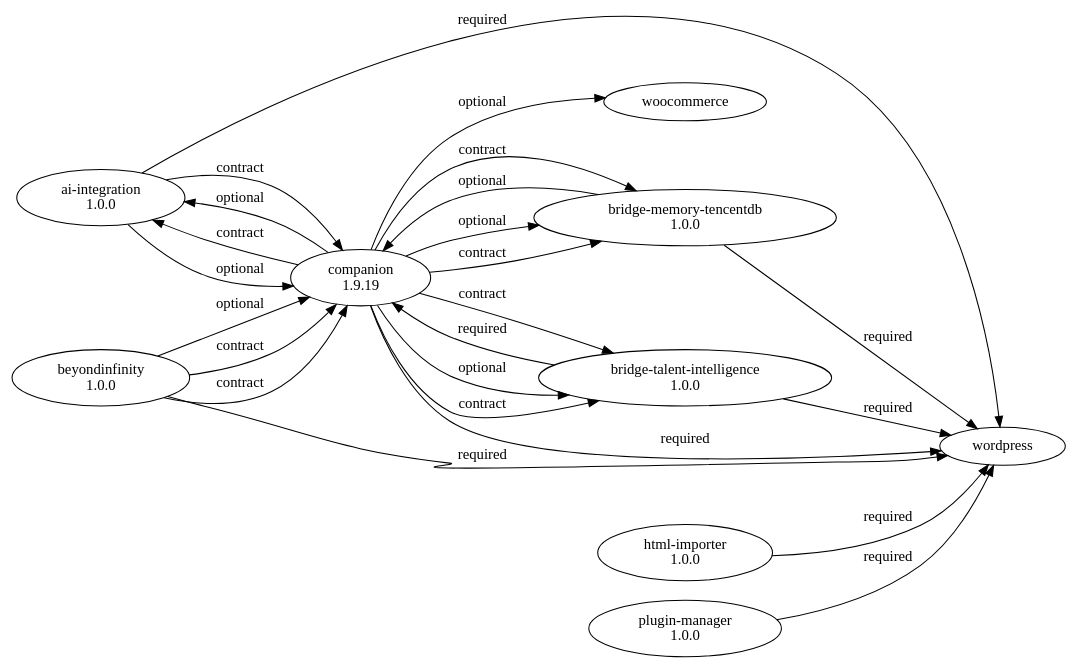
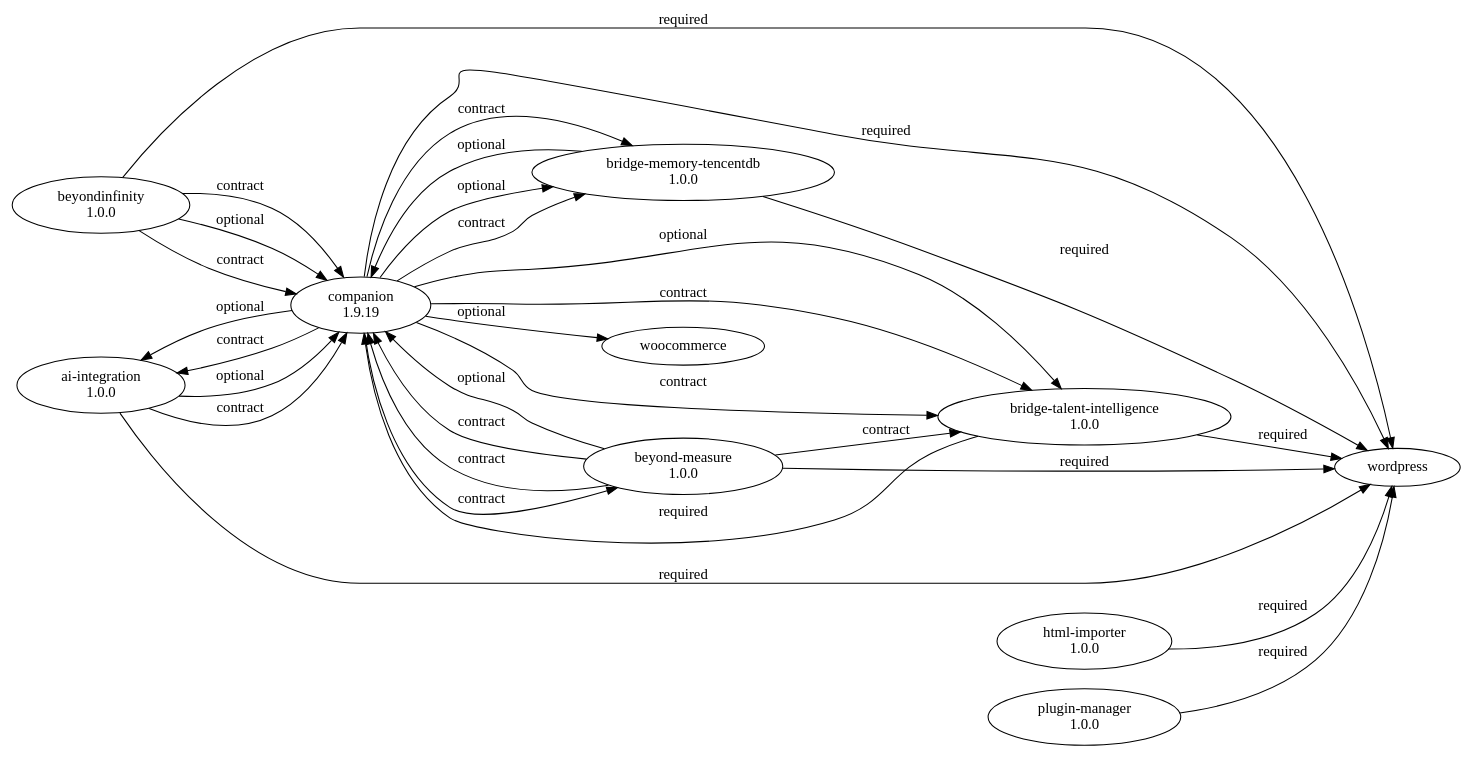
Before and after one commit to MarvelousME/newuinextgen: the diagram in architecture/reports/dependency-graph.dot, drawn with Graphviz. The commit also changed 76 other files, not shown here.

First line of the commit message:
Add NextGenTutors Beyond Measure Control Plane plugin.

```diff
--- a/architecture/reports/dependency-graph.dot
+++ b/architecture/reports/dependency-graph.dot
@@ -1,33 +1,40 @@
 digraph RAD {
   rankdir=LR;
   "ai-integration" [label="ai-integration\n1.0.0"];
+  "beyond-measure" [label="beyond-measure\n1.0.0"];
   "beyondinfinity" [label="beyondinfinity\n1.0.0"];
   "bridge-memory-tencentdb" [label="bridge-memory-tencentdb\n1.0.0"];
   "bridge-talent-intelligence" [label="bridge-talent-intelligence\n1.0.0"];
   "companion" [label="companion\n1.9.19"];
   "html-importer" [label="html-importer\n1.0.0"];
   "plugin-manager" [label="plugin-manager\n1.0.0"];
   "ai-integration" -> "wordpress" [label="required"];
   "ai-integration" -> "companion" [label="optional"];
+  "beyond-measure" -> "wordpress" [label="required"];
+  "beyond-measure" -> "companion" [label="optional"];
   "beyondinfinity" -> "wordpress" [label="required"];
   "beyondinfinity" -> "companion" [label="optional"];
   "bridge-memory-tencentdb" -> "wordpress" [label="required"];
   "bridge-memory-tencentdb" -> "companion" [label="optional"];
   "bridge-talent-intelligence" -> "wordpress" [label="required"];
   "bridge-talent-intelligence" -> "companion" [label="required"];
   "companion" -> "wordpress" [label="required"];
   "companion" -> "woocommerce" [label="optional"];
   "companion" -> "ai-integration" [label="optional"];
   "companion" -> "bridge-memory-tencentdb" [label="optional"];
   "companion" -> "bridge-talent-intelligence" [label="optional"];
   "html-importer" -> "wordpress" [label="required"];
   "plugin-manager" -> "wordpress" [label="required"];
   "beyondinfinity" -> "companion" [label="contract"];
   "beyondinfinity" -> "companion" [label="contract"];
   "companion" -> "ai-integration" [label="contract"];
   "ai-integration" -> "companion" [label="contract"];
   "companion" -> "bridge-memory-tencentdb" [label="contract"];
   "companion" -> "bridge-memory-tencentdb" [label="contract"];
   "companion" -> "bridge-talent-intelligence" [label="contract"];
   "companion" -> "bridge-talent-intelligence" [label="contract"];
+  "beyond-measure" -> "companion" [label="contract"];
+  "beyond-measure" -> "companion" [label="contract"];
+  "beyond-measure" -> "bridge-talent-intelligence" [label="contract"];
+  "companion" -> "beyond-measure" [label="contract"];
 }
```
